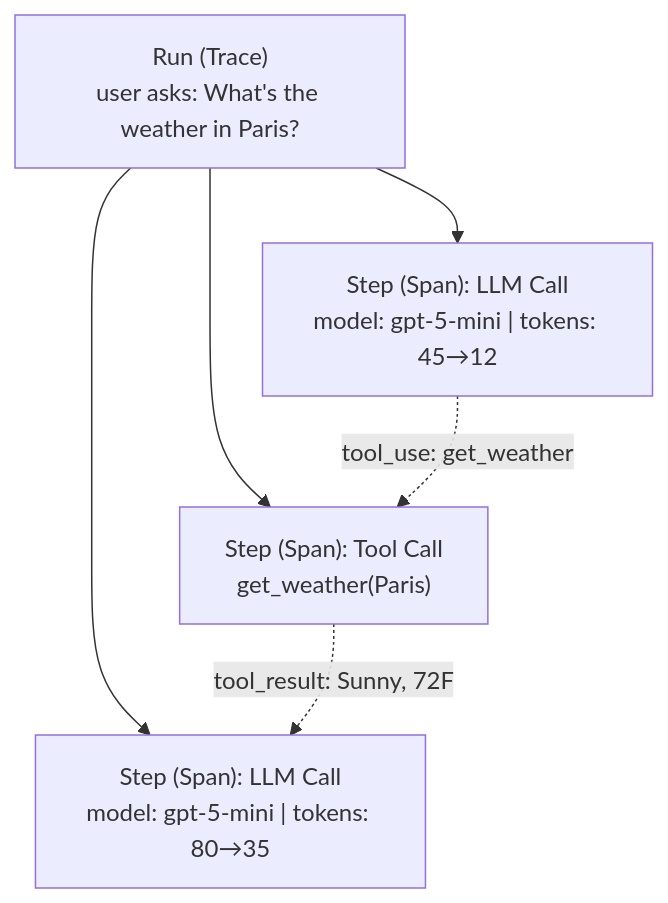
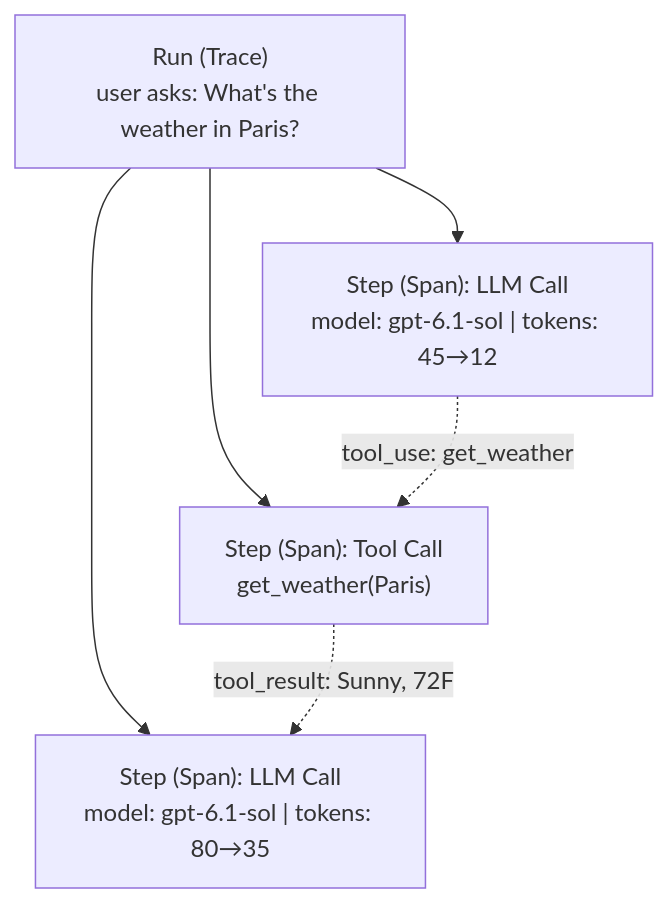
Before and after one commit to sideseat/sideseat: the diagram in docs/src/content/docs/docs/concepts.mdx, drawn with Mermaid. The commit also changed other lines of this file and 22 other files, not shown here.

````diff
--- a/docs/src/content/docs/docs/concepts.mdx
+++ b/docs/src/content/docs/docs/concepts.mdx
@@ -25,8 +25,8 @@
 ```mermaid
 graph TD
-    R["Run (Trace)<br/>user asks: What's the weather in Paris?"] --> S1["Step (Span): LLM Call<br/>model: gpt-5-mini | tokens: 45→12"]
+    R["Run (Trace)<br/>user asks: What's the weather in Paris?"] --> S1["Step (Span): LLM Call<br/>model: gpt-6.1-sol | tokens: 45→12"]
     R --> S2["Step (Span): Tool Call<br/>get_weather(Paris)"]
-    R --> S3["Step (Span): LLM Call<br/>model: gpt-5-mini | tokens: 80→35"]
+    R --> S3["Step (Span): LLM Call<br/>model: gpt-6.1-sol | tokens: 80→35"]
     S1 -.->|"tool_use: get_weather"| S2
     S2 -.->|"tool_result: Sunny, 72F"| S3
 ```
````
